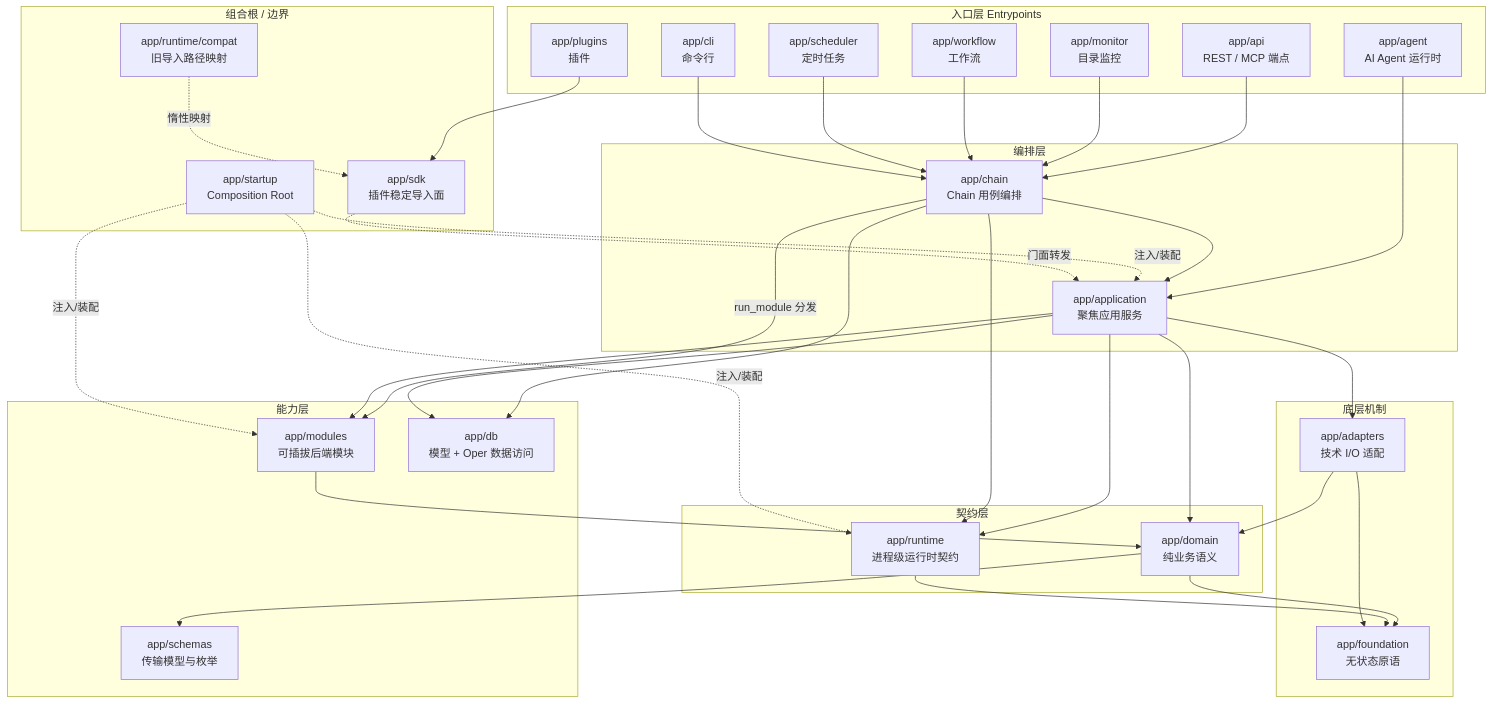
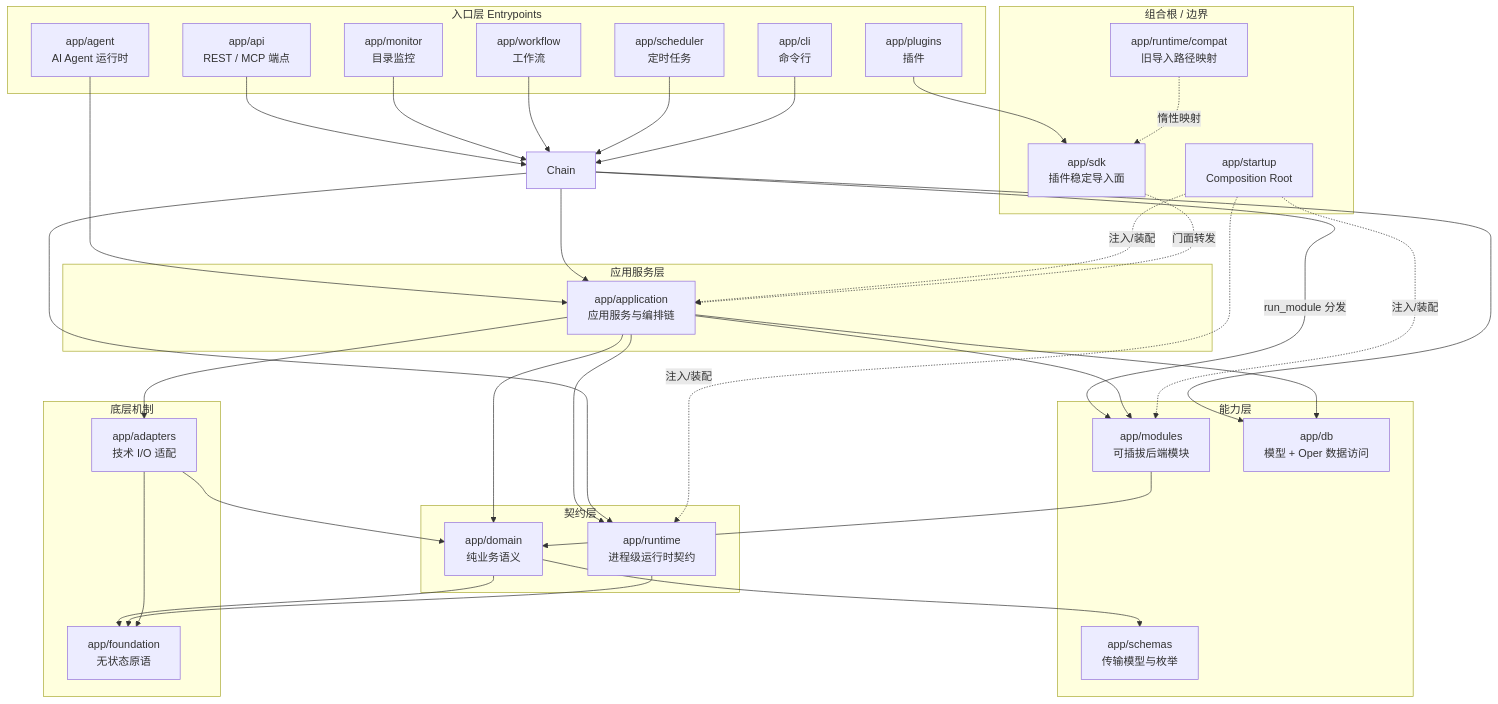
The second of 14 diagrams in docs/architecture-overview.md (jxxghp/MoviePilot), drawn with Mermaid before and after one commit. The commit also changed other lines of this file and 266 other files, not shown here.

````diff
--- a/docs/architecture-overview.md
+++ b/docs/architecture-overview.md
@@ -63,70 +63,69 @@
 ```mermaid
 flowchart TB
     subgraph 入口层["入口层 Entrypoints"]
         ApiPkg["app/api<br/>REST / MCP 端点"]
         AgentPkg["app/agent<br/>AI Agent 运行时"]
         Monitor["app/monitor<br/>目录监控"]
         Workflow["app/workflow<br/>工作流"]
         Scheduler["app/scheduler<br/>定时任务"]
         CLI["app/cli<br/>命令行"]
         PluginPkg["app/plugins<br/>插件"]
     end
 
-    subgraph 编排层["编排层"]
-        Chain["app/chain<br/>Chain 用例编排"]
-        App["app/application<br/>聚焦应用服务"]
+    subgraph 编排层["应用服务层"]
+        App["app/application<br/>应用服务与编排链"]
     end
 
     subgraph 能力层["能力层"]
         Modules["app/modules<br/>可插拔后端模块"]
         Db["app/db<br/>模型 + Oper 数据访问"]
         Schemas["app/schemas<br/>传输模型与枚举"]
     end
 
     subgraph 契约层["契约层"]
         Domain["app/domain<br/>纯业务语义"]
         Runtime["app/runtime<br/>进程级运行时契约"]
     end
 
     subgraph 底层["底层机制"]
         Foundation["app/foundation<br/>无状态原语"]
         Adapters["app/adapters<br/>技术 I/O 适配"]
     end
 
     subgraph 组合根["组合根 / 边界"]
         Startup["app/startup<br/>Composition Root"]
         Sdk["app/sdk<br/>插件稳定导入面"]
         Compat["app/runtime/compat<br/>旧导入路径映射"]
     end
 
     ApiPkg --> Chain
     AgentPkg --> App
     Monitor --> Chain
     Workflow --> Chain
     Scheduler --> Chain
     CLI --> Chain
     PluginPkg --> Sdk
 
     Chain -->|run_module 分发| Modules
     Chain --> App
     Chain --> Db
     App --> Modules
     App --> Db
 
     Modules --> Domain
     App --> Domain
     App --> Runtime
     Chain --> Runtime
     Domain --> Schemas
     Domain --> Foundation
     Runtime --> Foundation
     Adapters --> Domain
     Adapters --> Foundation
     App --> Adapters
 
     Startup -.注入/装配.-> Runtime
     Startup -.注入/装配.-> App
     Startup -.注入/装配.-> Modules
     Sdk -.门面转发.-> App
     Compat -.惰性映射.-> Sdk
 ```
````
